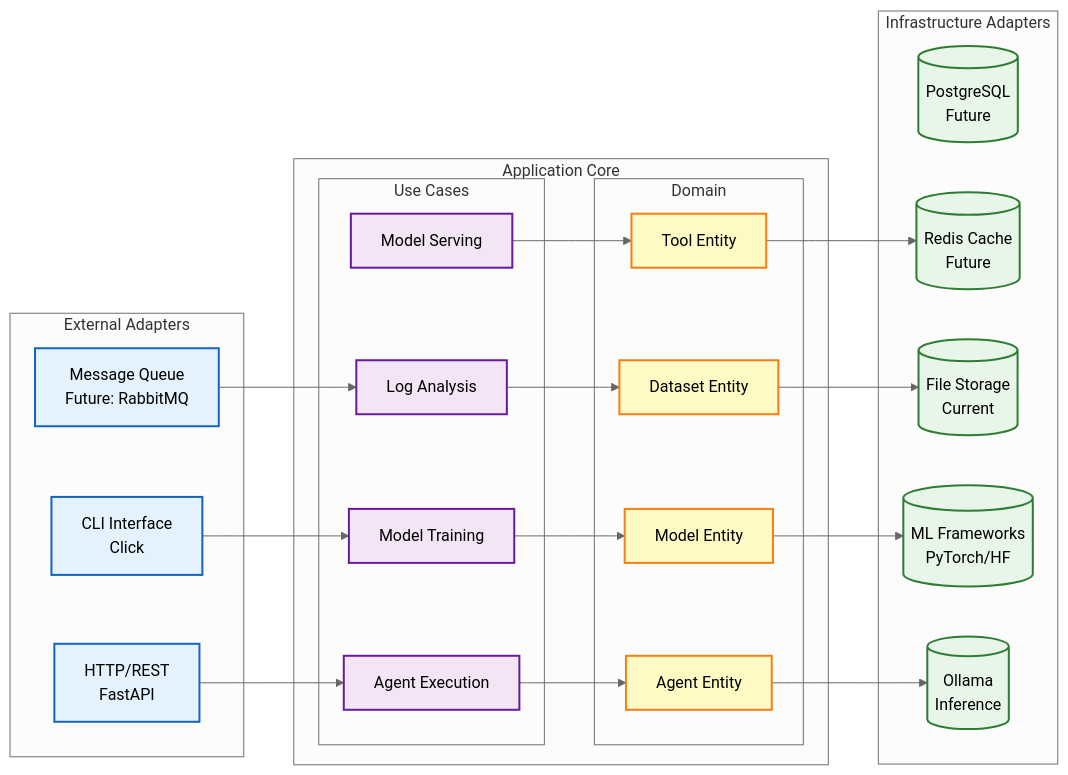
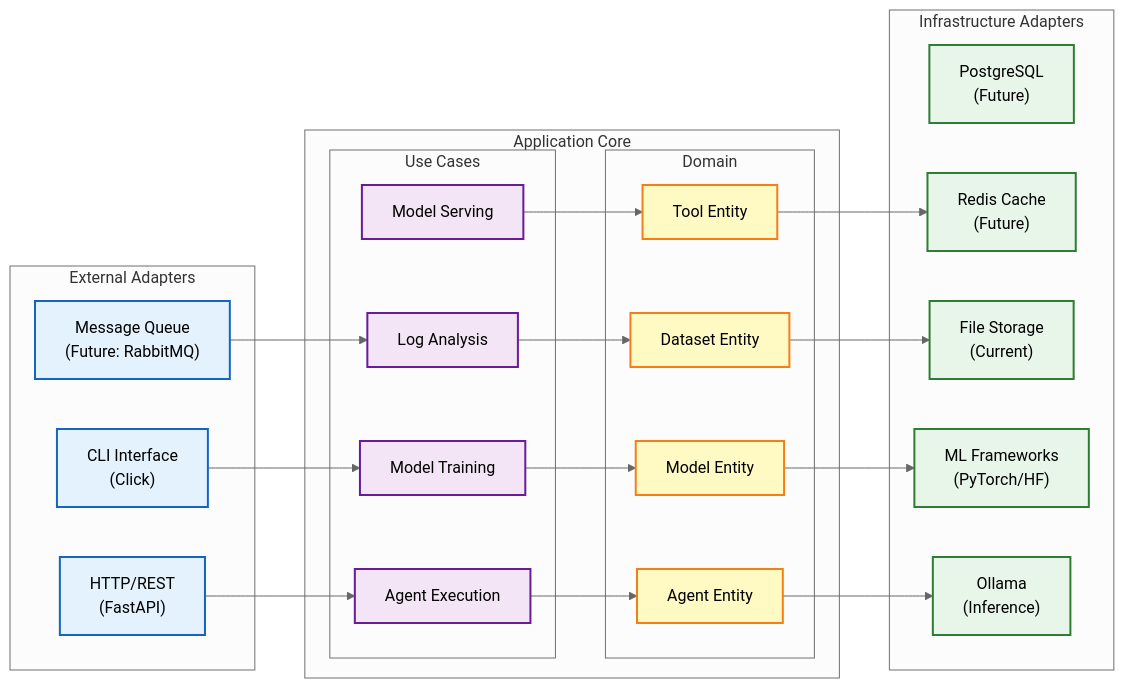
One commit to genialo555/agent_loop changed the third of 5 diagrams in README.md. Above: the diagram before and after it, drawn with Mermaid (neutral theme). The commit also changed other lines of this file and 249 other files, not shown here.

````diff
--- a/README.md
+++ b/README.md
@@ -198,56 +298,56 @@
 ```mermaid
 graph LR
-    subgraph EXT["External Adapters"]
-        HTTP["HTTP/REST<br/>FastAPI"]
-        CLI["CLI Interface<br/>Click"]
-        MSG["Message Queue<br/>Future: RabbitMQ"]
+    subgraph "External Adapters"
+        HTTP["HTTP/REST<br/>(FastAPI)"]
+        CLI["CLI Interface<br/>(Click)"]
+        MSG["Message Queue<br/>(Future: RabbitMQ)"]
     end
     
-    subgraph CORE["Application Core"]
-        subgraph UC["Use Cases"]
+    subgraph "Application Core"
+        subgraph "Use Cases"
             UC1["Agent Execution"]
             UC2["Model Training"]
             UC3["Log Analysis"]
             UC4["Model Serving"]
         end
         
-        subgraph DOM["Domain"]
+        subgraph "Domain"
             DOM1["Agent Entity"]
             DOM2["Model Entity"]
             DOM3["Dataset Entity"]
             DOM4["Tool Entity"]
         end
     end
     
-    subgraph INFRA["Infrastructure Adapters"]
-        DB[("PostgreSQL<br/>Future")]
-        CACHE[("Redis Cache<br/>Future")]
-        FILES[("File Storage<br/>Current")]
-        ML[("ML Frameworks<br/>PyTorch/HF")]
-        INFER[("Ollama<br/>Inference")]
+    subgraph "Infrastructure Adapters"
+        DB["PostgreSQL<br/>(Future)"]
+        CACHE["Redis Cache<br/>(Future)"]
+        FILES["File Storage<br/>(Current)"]
+        ML["ML Frameworks<br/>(PyTorch/HF)"]
+        INFER["Ollama<br/>(Inference)"]
     end
     
     HTTP --> UC1
     CLI --> UC2
     MSG --> UC3
     
     UC1 --> DOM1
     UC2 --> DOM2
     UC3 --> DOM3
     UC4 --> DOM4
     
     DOM1 --> INFER
     DOM2 --> ML
     DOM3 --> FILES
     DOM4 --> CACHE
     
     classDef external fill:#e3f2fd,stroke:#1565c0,stroke-width:2px
     classDef usecase fill:#f3e5f5,stroke:#6a1b9a,stroke-width:2px
     classDef domain fill:#fff9c4,stroke:#f57f17,stroke-width:2px
     classDef infra fill:#e8f5e9,stroke:#2e7d32,stroke-width:2px
     
     class HTTP,CLI,MSG external
     class UC1,UC2,UC3,UC4 usecase
     class DOM1,DOM2,DOM3,DOM4 domain
     class DB,CACHE,FILES,ML,INFER infra
 ```
````
